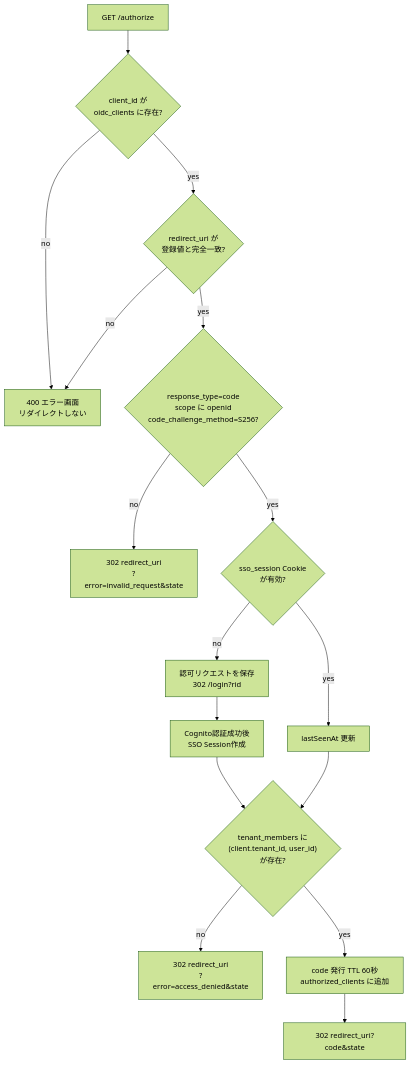
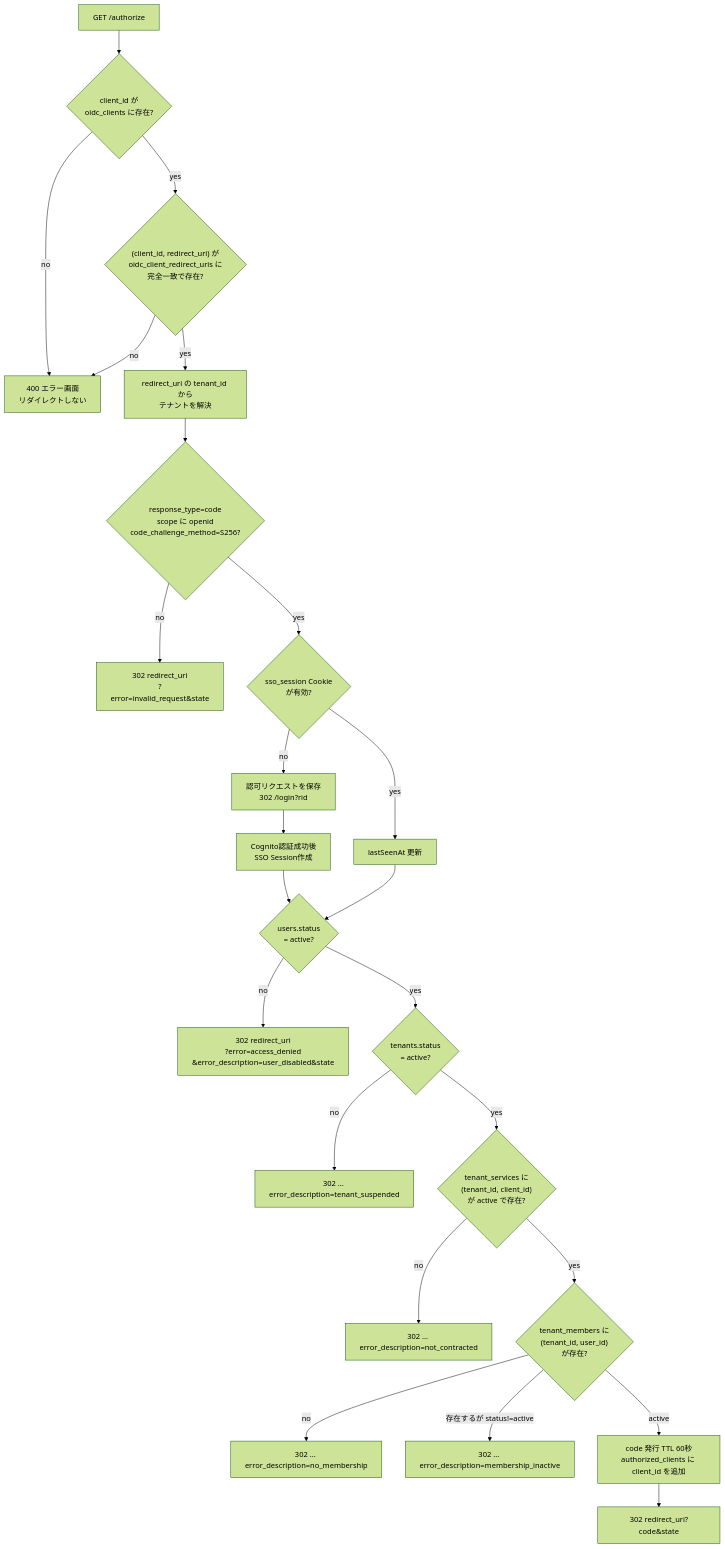
One commit to daisuke-tanabe/multi-domain-sandbox changed the fifth of 15 diagrams in docs/design/02-auth-sequences.md. Above: the diagram before and after it, drawn with Mermaid (forest theme). The commit also changed other lines of this file and 62 other files, not shown here.

First line of the commit message:
refactor: サービス単位の OIDC Client とテナント契約モデルへ再構成

````diff
--- a/docs/design/02-auth-sequences.md
+++ b/docs/design/02-auth-sequences.md
@@ -155,18 +220,26 @@
 ```mermaid
 flowchart TD
     A["GET /authorize"] --> B{"client_id が<br/>oidc_clients に存在?"}
     B -- no --> E1["400 エラー画面<br/>リダイレクトしない"]
-    B -- yes --> C{"redirect_uri が<br/>登録値と完全一致?"}
+    B -- yes --> C{"(client_id, redirect_uri) が<br/>oidc_client_redirect_uris に<br/>完全一致で存在?"}
     C -- no --> E1
-    C -- yes --> D{"response_type=code<br/>scope に openid<br/>code_challenge_method=S256?"}
+    C -- yes --> C2["redirect_uri の tenant_id から<br/>テナントを解決"]
+    C2 --> D{"response_type=code<br/>scope に openid<br/>code_challenge_method=S256?"}
     D -- no --> E2["302 redirect_uri<br/>?error=invalid_request&state"]
     D -- yes --> F{"sso_session Cookie<br/>が有効?"}
     F -- no --> G["認可リクエストを保存<br/>302 /login?rid"]
     G --> H["Cognito認証成功後<br/>SSO Session作成"]
     F -- yes --> I["lastSeenAt 更新"]
-    H --> J{"tenant_members に<br/>(client.tenant_id, user_id)<br/>が存在?"}
-    I --> J
-    J -- no --> E3["302 redirect_uri<br/>?error=access_denied&state"]
-    J -- yes --> K["code 発行 TTL 60秒<br/>authorized_clients に追加"]
+    H --> J1{"users.status<br/>= active?"}
+    I --> J1
+    J1 -- no --> E3["302 redirect_uri<br/>?error=access_denied<br/>&error_description=user_disabled&state"]
+    J1 -- yes --> J2{"tenants.status<br/>= active?"}
+    J2 -- no --> E4["302 ... error_description=tenant_suspended"]
+    J2 -- yes --> J3{"tenant_services に<br/>(tenant_id, client_id)<br/>が active で存在?"}
+    J3 -- no --> E5["302 ... error_description=not_contracted"]
+    J3 -- yes --> J4{"tenant_members に<br/>(tenant_id, user_id)<br/>が存在?"}
+    J4 -- no --> E6["302 ... error_description=no_membership"]
+    J4 -- "存在するが status!=active" --> E7["302 ... error_description=membership_inactive"]
+    J4 -- active --> K["code 発行 TTL 60秒<br/>authorized_clients に client_id を追加"]
     K --> L["302 redirect_uri?code&state"]
 ```
````
